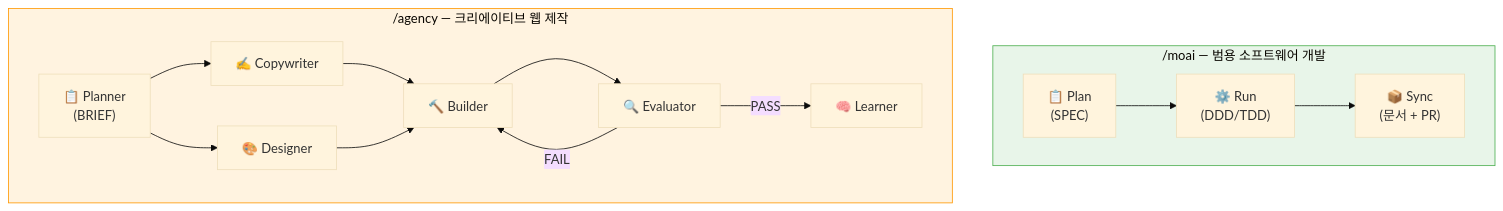
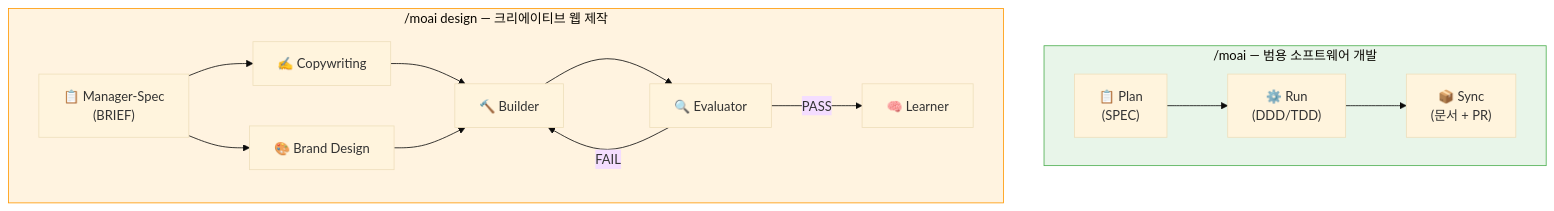
The seventh of 10 diagrams in README.ko.md (modu-ai/moai-adk), drawn with Mermaid (base theme) before and after one commit. The commit also changed other lines of this file and 2 other files, not shown here.

First line of the commit message:
docs: migrate README ko/ja/zh from /agency to /moai design

````diff
--- a/README.ko.md
+++ b/README.ko.md
@@ -902,21 +902,21 @@
 ```mermaid
 flowchart TB
     subgraph MOAI["/moai — 범용 소프트웨어 개발"]
         direction LR
         M1["📋 Plan<br>(SPEC)"] --> M2["⚙️ Run<br>(DDD/TDD)"] --> M3["📦 Sync<br>(문서 + PR)"]
     end
 
-    subgraph AGENCY["/agency — 크리에이티브 웹 제작"]
+    subgraph DESIGN["/moai design — 크리에이티브 웹 제작"]
         direction LR
-        A1["📋 Planner<br>(BRIEF)"] --> A2["✍️ Copywriter"]
-        A1 --> A3["🎨 Designer"]
-        A2 --> A4["🔨 Builder"]
-        A3 --> A4
-        A4 --> A5["🔍 Evaluator"]
-        A5 -->|"FAIL"| A4
-        A5 -->|"PASS"| A6["🧠 Learner"]
+        D1["📋 Manager-Spec<br>(BRIEF)"] --> D2["✍️ Copywriting"]
+        D1 --> D3["🎨 Brand Design"]
+        D2 --> D4["🔨 Builder"]
+        D3 --> D4
+        D4 --> D5["🔍 Evaluator"]
+        D5 -->|"FAIL"| D4
+        D5 -->|"PASS"| D6["🧠 Learner"]
     end
 
     style MOAI fill:#e8f5e9,stroke:#4caf50
-    style AGENCY fill:#fff3e0,stroke:#ff9800
+    style DESIGN fill:#fff3e0,stroke:#ff9800
 ```
````
